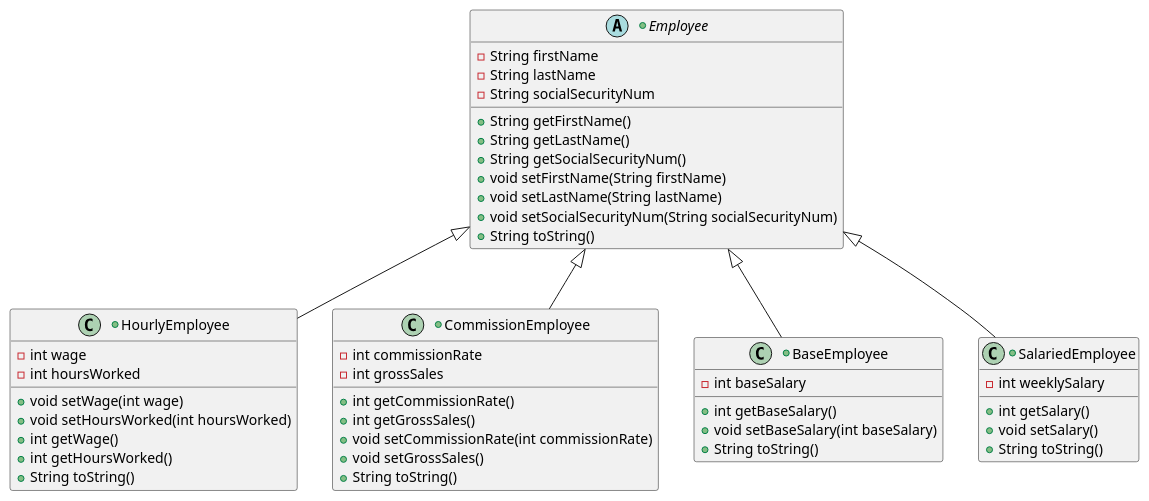
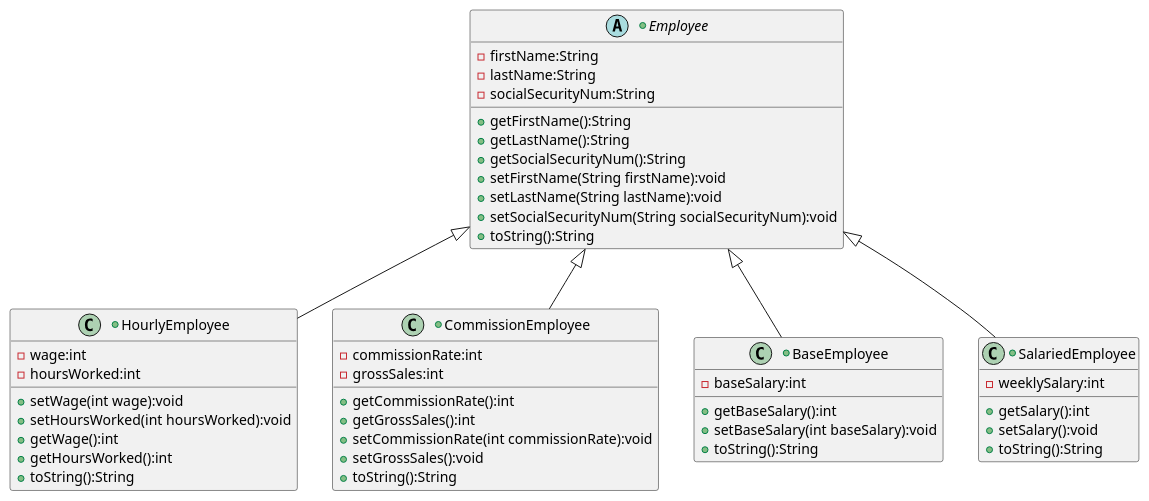
The diagram in src/Employee.puml (hsswanson/cs5800_hw4_pt1), drawn with PlantUML before and after one commit.

Commit message:
fixed type declarations in PUML

```diff
--- a/src/Employee.puml
+++ b/src/Employee.puml
@@ -1,55 +1,55 @@
 @startuml
 'https://plantuml.com/class-diagram
 
 +abstract class Employee{
--String firstName
--String lastName
--String socialSecurityNum
-+String getFirstName()
-+String getLastName()
-+String getSocialSecurityNum()
-+void setFirstName(String firstName)
-+void setLastName(String lastName)
-+void setSocialSecurityNum(String socialSecurityNum)
-+String toString()
+-firstName:String
+-lastName:String
+-socialSecurityNum:String
++getFirstName():String
++getLastName():String
++getSocialSecurityNum():String
++setFirstName(String firstName):void
++setLastName(String lastName):void
++setSocialSecurityNum(String socialSecurityNum):void
++toString():String
 }
 
 +class HourlyEmployee{
--int wage
--int hoursWorked
-+void setWage(int wage)
-+void setHoursWorked(int hoursWorked)
-+int getWage()
-+int getHoursWorked()
-+String toString()
+-wage:int
+-hoursWorked:int
++setWage(int wage):void
++setHoursWorked(int hoursWorked):void
++getWage():int
++getHoursWorked():int
++toString():String
 }
 +class CommissionEmployee{
--int commissionRate
--int grossSales
-+int getCommissionRate()
-+int getGrossSales()
-+void setCommissionRate(int commissionRate)
-+void setGrossSales()
-+String toString()
+-commissionRate:int
+-grossSales:int
++getCommissionRate():int
++getGrossSales():int
++setCommissionRate(int commissionRate):void
++setGrossSales():void
++toString():String
 }
 +class BaseEmployee{
--int baseSalary
-+int getBaseSalary()
-+void setBaseSalary(int baseSalary)
-+String toString()
+-baseSalary:int
++getBaseSalary():int
++setBaseSalary(int baseSalary):void
++toString():String
 }
 +class SalariedEmployee{
--int weeklySalary
-+int getSalary()
-+void setSalary()
-+String toString()
+-weeklySalary:int
++getSalary():int
++setSalary():void
++toString():String
 }
 
 Employee <|-- HourlyEmployee
 Employee <|-- CommissionEmployee
 Employee <|-- BaseEmployee
 Employee <|-- SalariedEmployee
 
 
 
 @enduml
```
